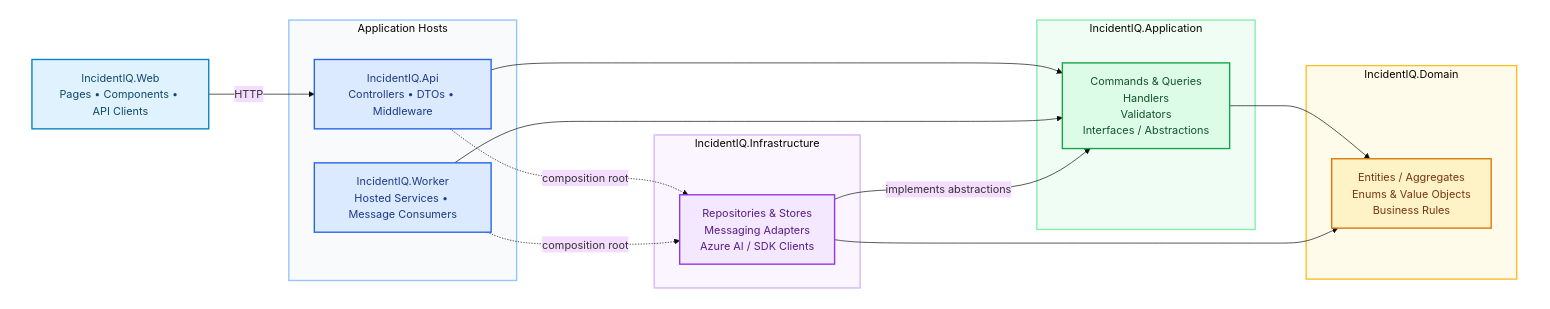
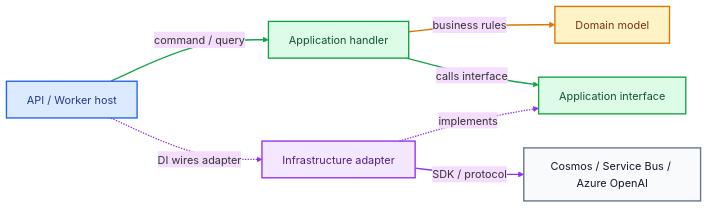
The third of 6 diagrams in ReadMe.md (danielmusselwhite/IncidentIQ), drawn with Mermaid (base theme) before and after one commit. The commit also changed other lines of this file and 17 other files, not shown here.

````diff
--- a/ReadMe.md
+++ b/ReadMe.md
@@ -108,51 +199,19 @@
 ```mermaid
 flowchart LR
+    Host["API / Worker host"]:::host -->|"command / query"| Handler["Application handler"]:::application
+    Handler -->|"business rules"| Domain["Domain model"]:::domain
+    Handler -->|"calls interface"| Port["Application interface"]:::application
+    Infra["Infrastructure adapter"]:::infra -. "implements" .-> Port
+    Host -. "DI wires adapter" .-> Infra
+    Infra -->|"SDK / protocol"| External["Cosmos / Service Bus / Azure OpenAI"]:::external
 
-    subgraph WhiteBackground[" "]
-        direction LR
-
-    Web["IncidentIQ.Web<br/>Pages • Components • API Clients"]:::web
-
-    subgraph Hosts["Application Hosts"]
-        API["IncidentIQ.Api<br/>Controllers • DTOs • Middleware"]:::host
-        Worker["IncidentIQ.Worker<br/>Hosted Services • Message Consumers"]:::host
-    end
-
-    subgraph Application["IncidentIQ.Application"]
-        AppTypes["Commands & Queries<br/>Handlers<br/>Validators<br/>Interfaces / Abstractions"]:::application
-    end
-
-    subgraph Domain["IncidentIQ.Domain"]
-        DomainTypes["Entities / Aggregates<br/>Enums & Value Objects<br/>Business Rules"]:::domain
-    end
-
-    subgraph Infrastructure["IncidentIQ.Infrastructure"]
-        InfraTypes["Repositories & Stores<br/>Messaging Adapters<br/>Azure AI / SDK Clients"]:::infra
-    end
-
-    Web -->|HTTP| API
-    API --> AppTypes
-    Worker --> AppTypes
-    AppTypes --> DomainTypes
-
-    InfraTypes -->|implements abstractions| AppTypes
-    InfraTypes --> DomainTypes
-
-    API -. composition root .-> InfraTypes
-    Worker -. composition root .-> InfraTypes
-
-    end
-
-    classDef web fill:#e0f2fe,stroke:#0284c7,color:#0c4a6e,stroke-width:2px;
+    classDef external fill:#f8fafc,stroke:#64748b,color:#0f172a,stroke-width:2px;
     classDef host fill:#dbeafe,stroke:#2563eb,color:#1e3a8a,stroke-width:2px;
     classDef application fill:#dcfce7,stroke:#16a34a,color:#14532d,stroke-width:2px;
     classDef domain fill:#fef3c7,stroke:#d97706,color:#78350f,stroke-width:2px;
     classDef infra fill:#f3e8ff,stroke:#9333ea,color:#581c87,stroke-width:2px;
 
-    style WhiteBackground fill:#ffffff,stroke:#ffffff,color:#ffffff
-
-    style Hosts fill:#f8fafc,stroke:#93c5fd,stroke-width:2px
-    style Application fill:#f0fdf4,stroke:#86efac,stroke-width:2px
-    style Domain fill:#fffbeb,stroke:#fbbf24,stroke-width:2px
-    style Infrastructure fill:#faf5ff,stroke:#d8b4fe,stroke-width:2px
+    linkStyle 0,2 stroke:#16a34a,stroke-width:2px;
+    linkStyle 1 stroke:#d97706,stroke-width:2px;
+    linkStyle 3,4,5 stroke:#9333ea,stroke-width:2px;
 ```
````
